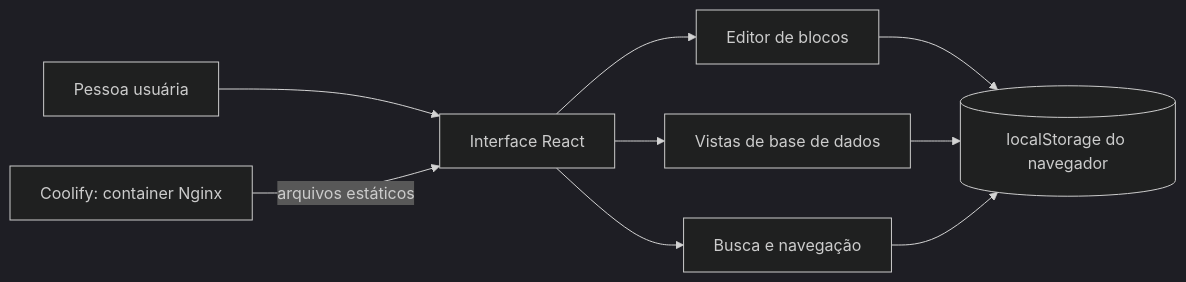
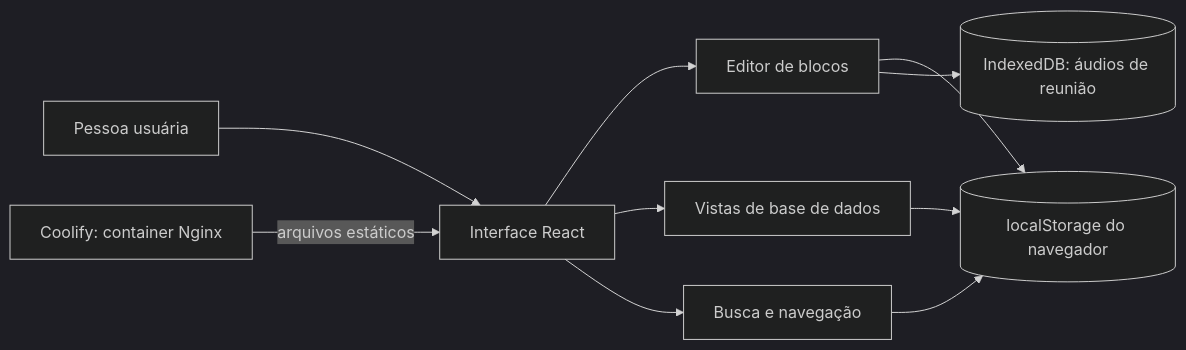
One commit to jocarvalhosantos/Zotion changed the diagram in docs/engenharia-reversa.md. Above: the diagram before and after it, drawn with Mermaid (dark theme). The commit also changed other lines of this file and 7 other files, not shown here.

````diff
--- a/docs/engenharia-reversa.md
+++ b/docs/engenharia-reversa.md
@@ -182,11 +190,12 @@
 ```mermaid
 flowchart LR
   U[Pessoa usuária] --> W[Interface React]
   W --> E[Editor de blocos]
   W --> D[Vistas de base de dados]
   W --> S[Busca e navegação]
   E --> L[(localStorage do navegador)]
+  E --> I[(IndexedDB: áudios de reunião)]
   D --> L
   S --> L
   C[Coolify: container Nginx] -->|arquivos estáticos| W
 ```
````
